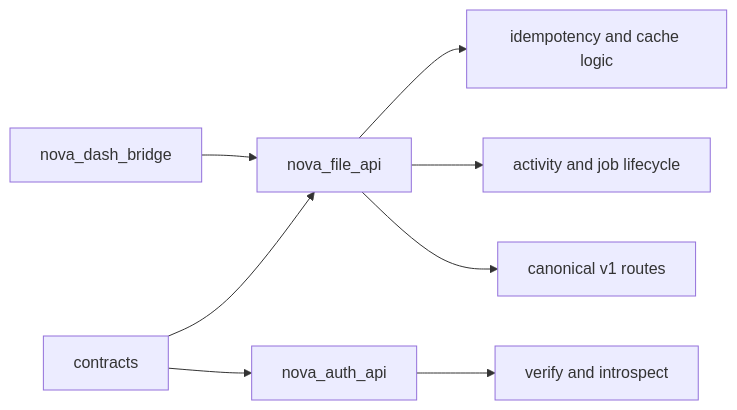
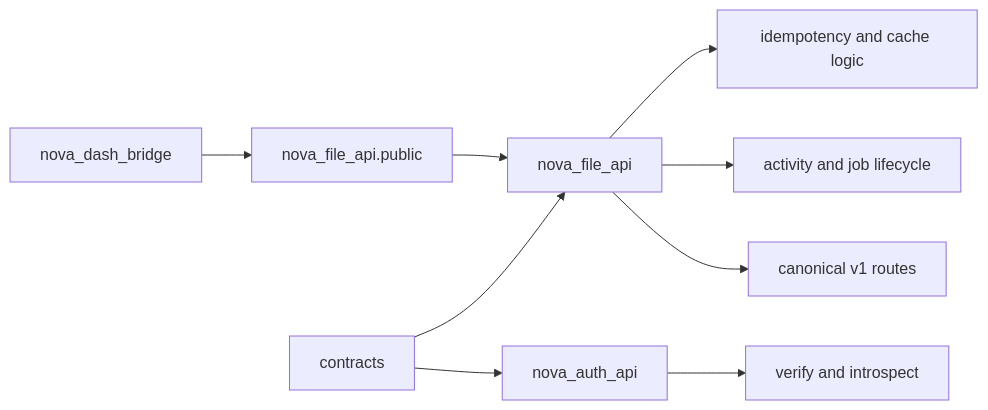
The third of 6 diagrams in docs/overview/NOVA-REPO-OVERVIEW.md (BjornMelin/nova), drawn with Mermaid before and after one commit. The commit also changed other lines of this file and 26 other files, not shown here.

First line of the commit message:
refactor: re-establish dash bridge public facade (#53)

````diff
--- a/docs/overview/NOVA-REPO-OVERVIEW.md
+++ b/docs/overview/NOVA-REPO-OVERVIEW.md
@@ -93,10 +96,11 @@
 ```mermaid
 flowchart LR
     FILE["nova_file_api"] --> CACHE["idempotency and cache logic"]
     FILE --> ACT["activity and job lifecycle"]
     FILE --> ROUTES["canonical v1 routes"]
     AUTH["nova_auth_api"] --> TOK["verify and introspect"]
-    BRIDGE["nova_dash_bridge"] --> FILE
+    BRIDGE["nova_dash_bridge"] --> PUBLIC["nova_file_api.public"]
+    PUBLIC --> FILE
     CONTRACTS["contracts"] --> FILE
     CONTRACTS --> AUTH
 ```
````
